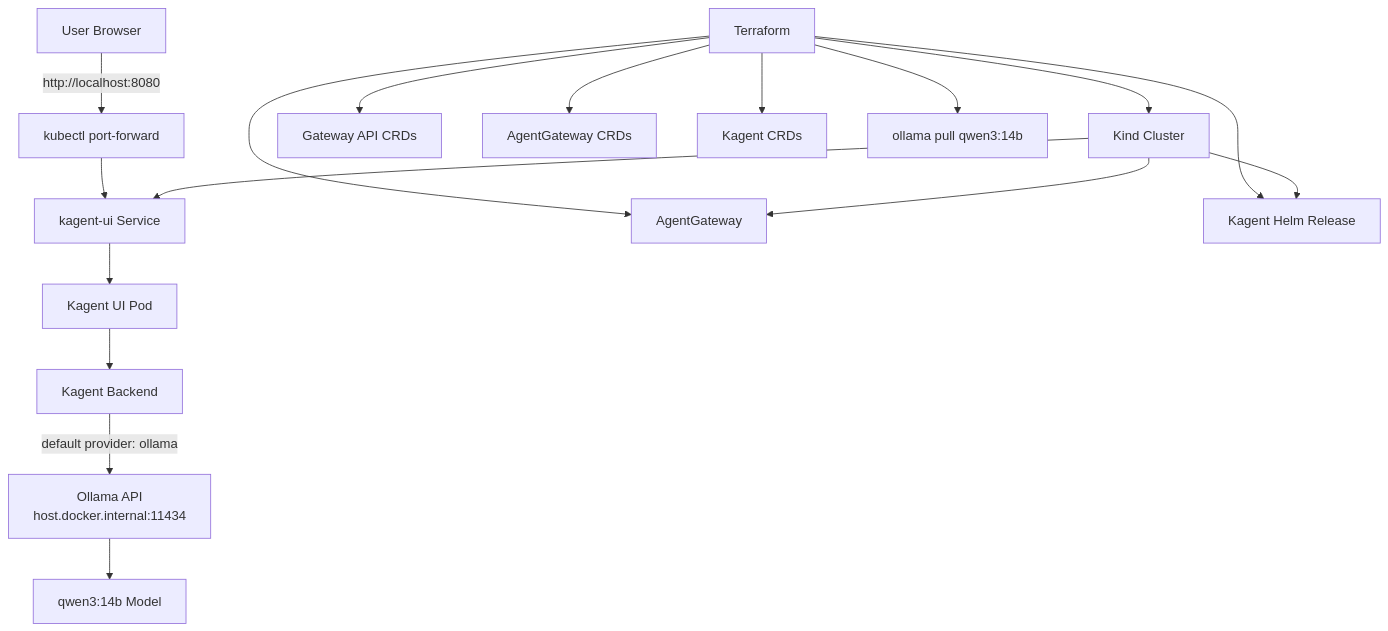
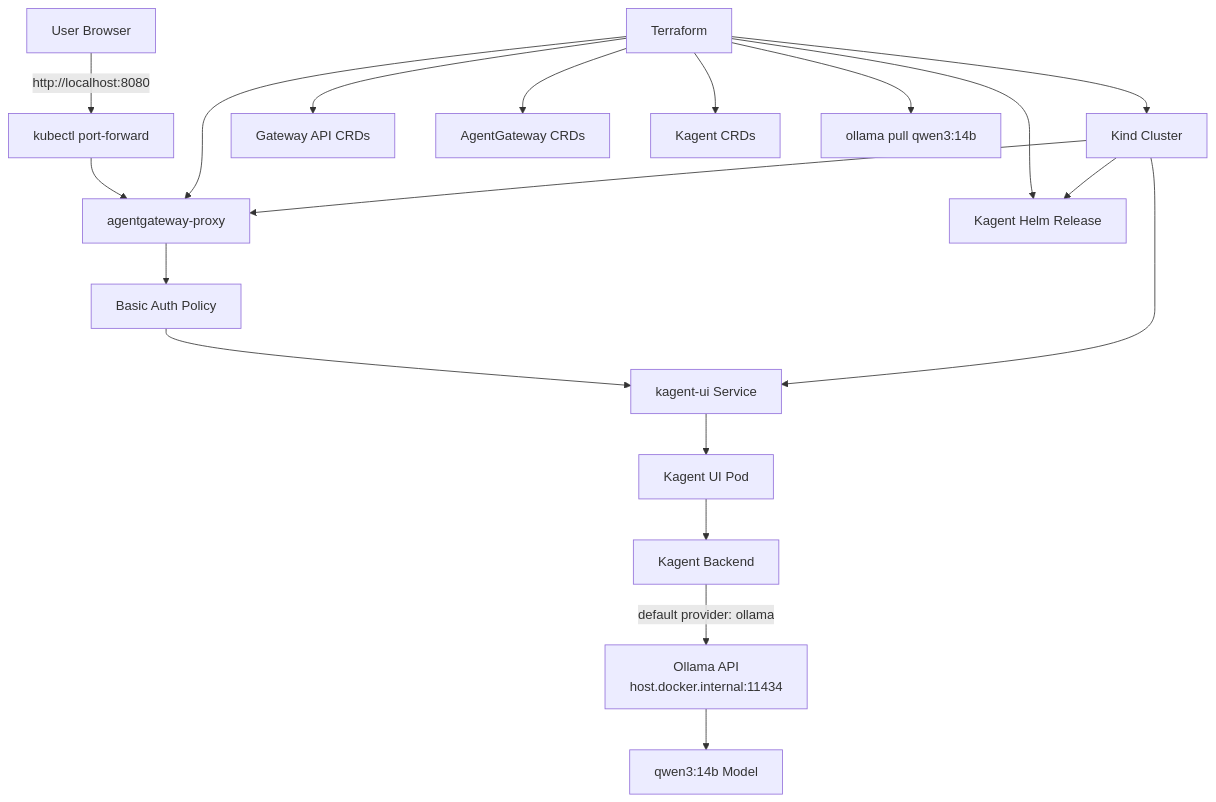
Before and after one commit to yurii-bielodied/Basic_Agentic_Infrastructure: the diagram in README.md, drawn with Mermaid. The commit also changed other lines of this file and 2 other files, not shown here.

Commit message:
feat: add auth routes, update docs

````diff
--- a/README.md
+++ b/README.md
@@ -56,21 +61,23 @@
 ```mermaid
 flowchart TD
     U[User Browser] -->|http://localhost:8080| PF[kubectl port-forward]
-    PF --> SVC[kagent-ui Service]
-    SVC --> UI[Kagent UI Pod]
+    PF --> AGW[agentgateway-proxy]
+    AGW --> AUTH[Basic Auth Policy]
+    AUTH --> KAGENT_SVC[kagent-ui Service]
+    KAGENT_SVC --> UI[Kagent UI Pod]
     UI --> KAGENT[Kagent Backend]
     KAGENT -->|default provider: ollama| OLLAMA[Ollama API\nhost.docker.internal:11434]
     OLLAMA --> MODEL[qwen3:14b Model]
 
     TF[Terraform] --> KIND[Kind Cluster]
     TF --> GWAPI[Gateway API CRDs]
     TF --> AGCRD[AgentGateway CRDs]
-    TF --> AGW[AgentGateway]
+    TF --> AGW
     TF --> KCRD[Kagent CRDs]
     TF --> KREL[Kagent Helm Release]
     TF --> OLPULL[ollama pull qwen3:14b]
 
     KIND --> AGW
     KIND --> KREL
-    KIND --> SVC
+    KIND --> KAGENT_SVC
 ```
````
